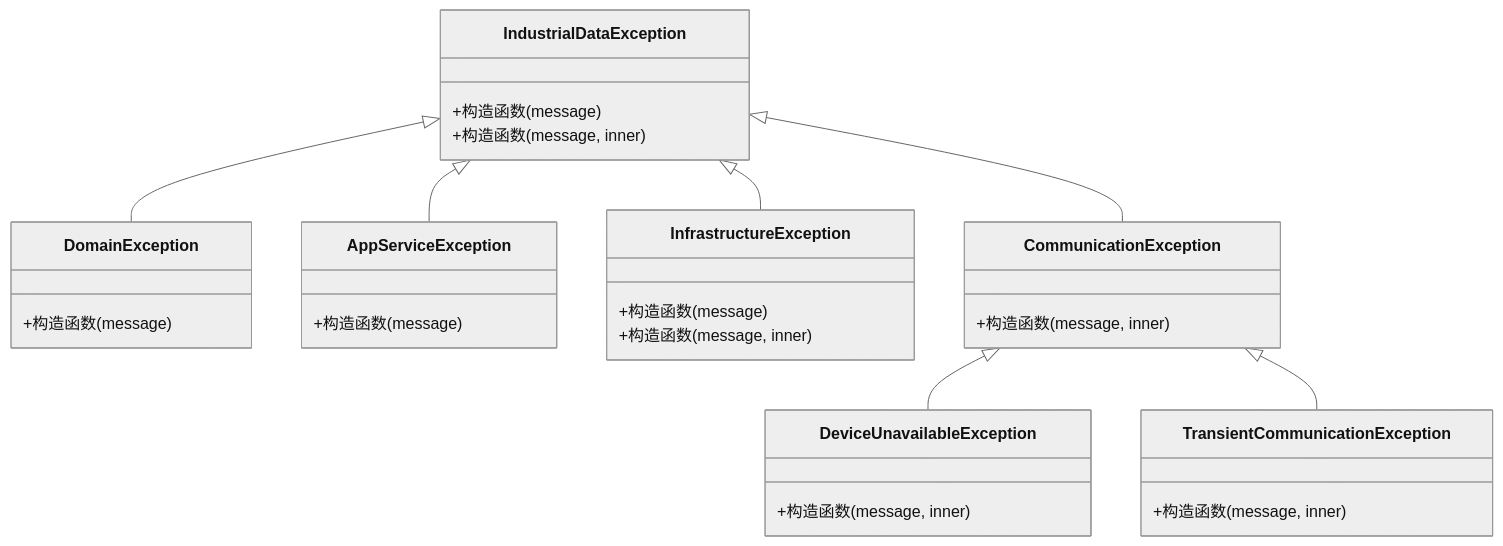
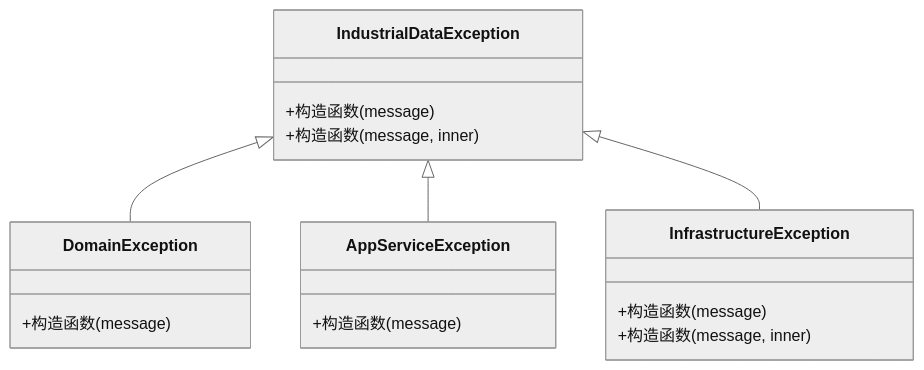
The fourth of 5 diagrams in .qoder/repowiki/zh/content/异常处理与监控/异常处理机制.md (whitemousetl/IndustrialDataSolution), drawn with Mermaid (neutral theme) before and after one commit. The commit also changed other lines of this file and 18 other files, not shown here.

````diff
--- a/.qoder/repowiki/zh/content/异常处理与监控/异常处理机制.md
+++ b/.qoder/repowiki/zh/content/异常处理与监控/异常处理机制.md
@@ -239,32 +238,20 @@
 ```mermaid
 classDiagram
 class IndustrialDataException {
 +构造函数(message)
 +构造函数(message, inner)
 }
 class DomainException {
 +构造函数(message)
 }
 class AppServiceException {
 +构造函数(message)
 }
 class InfrastructureException {
 +构造函数(message)
 +构造函数(message, inner)
 }
-class CommunicationException {
-+构造函数(message, inner)
-}
-class DeviceUnavailableException {
-+构造函数(message, inner)
-}
-class TransientCommunicationException {
-+构造函数(message, inner)
-}
 IndustrialDataException <|-- DomainException
 IndustrialDataException <|-- AppServiceException
 IndustrialDataException <|-- InfrastructureException
-IndustrialDataException <|-- CommunicationException
-CommunicationException <|-- DeviceUnavailableException
-CommunicationException <|-- TransientCommunicationException
 ```
````
